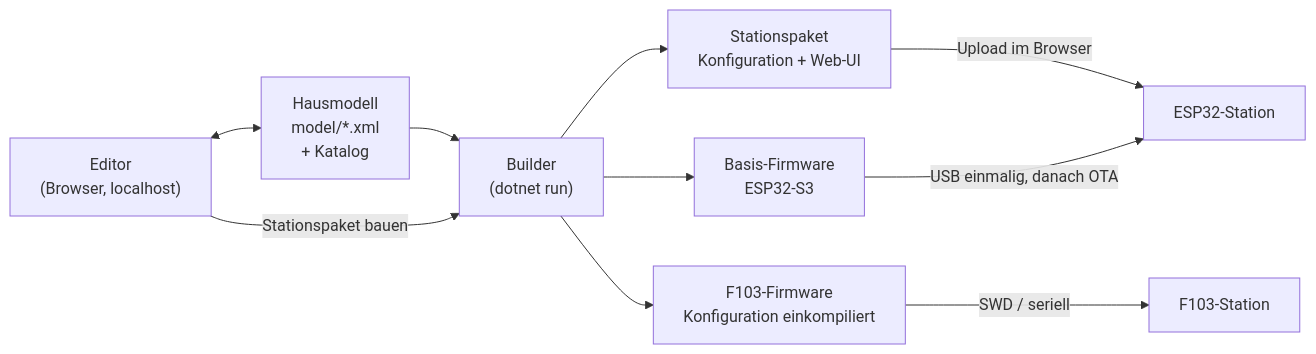
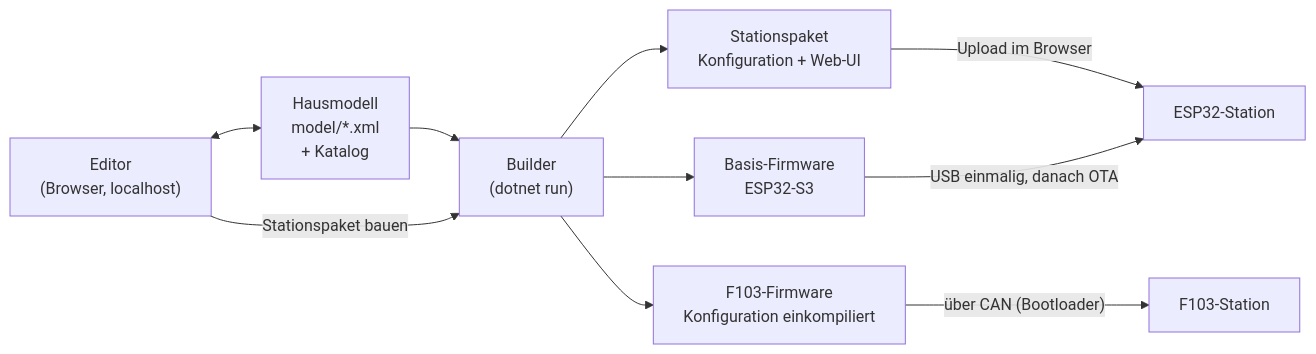
The third of 3 diagrams in docs/konzepte/01-systemueberblick.md (klaus-liebler/sensact), drawn with Mermaid before and after one commit. The commit also changed other lines of this file and 34 other files, not shown here.

````diff
--- a/docs/konzepte/01-systemueberblick.md
+++ b/docs/konzepte/01-systemueberblick.md
@@ -83,20 +83,20 @@
 ```mermaid
 flowchart LR
     XML["Hausmodell<br/>model/*.xml<br/>+ Katalog"]
     ED["Editor<br/>(Browser, localhost)"]
     BU["Builder<br/>(dotnet run)"]
     PKG["Stationspaket<br/>Konfiguration + Web-UI"]
     FW["Basis-Firmware<br/>ESP32-S3"]
     F1["F103-Firmware<br/>Konfiguration einkompiliert"]
     ST["ESP32-Station"]
     UP["F103-Station"]
     ED <--> XML
     XML --> BU
     ED -- "Stationspaket bauen" --> BU
     BU --> PKG
     BU --> FW
     BU --> F1
     PKG -- "Upload im Browser" --> ST
     FW -- "USB einmalig, danach OTA" --> ST
-    F1 -- "SWD / seriell" --> UP
+    F1 -- "über CAN (Bootloader)" --> UP
 ```
````
